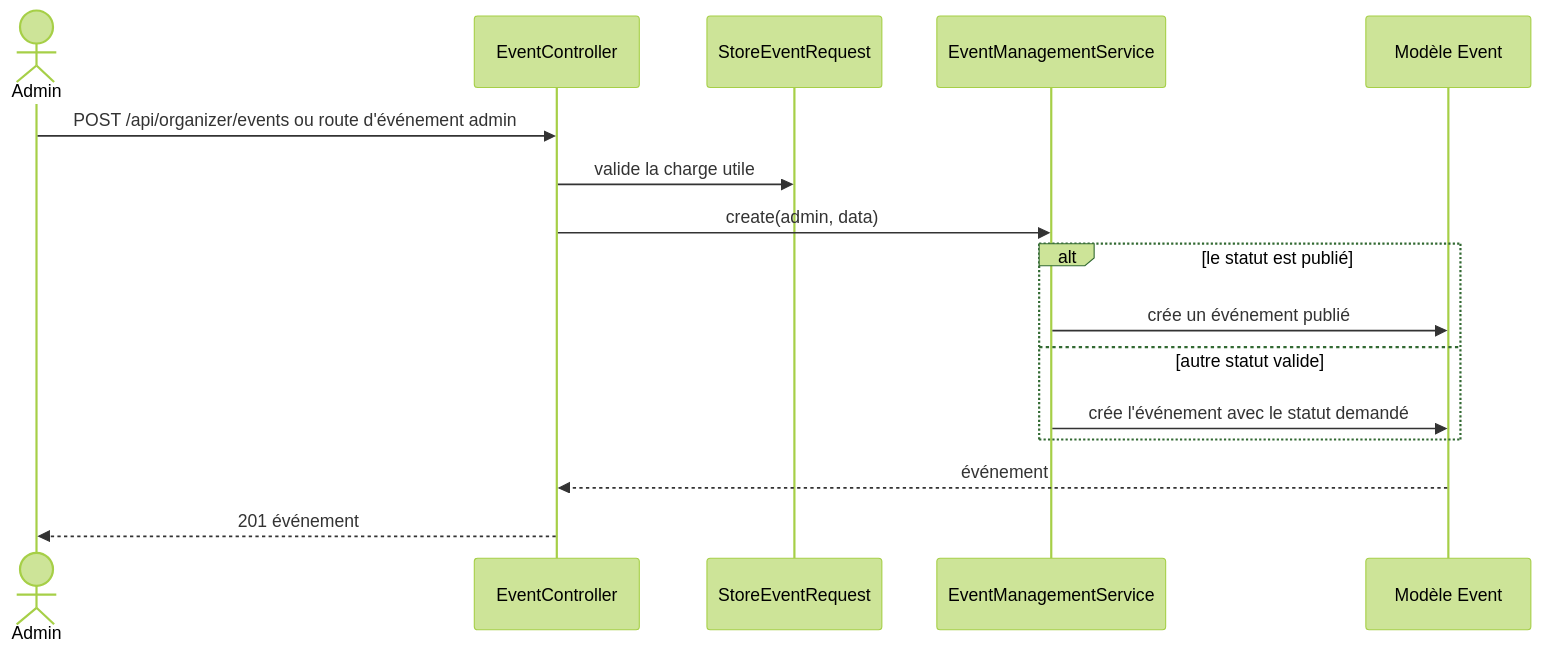
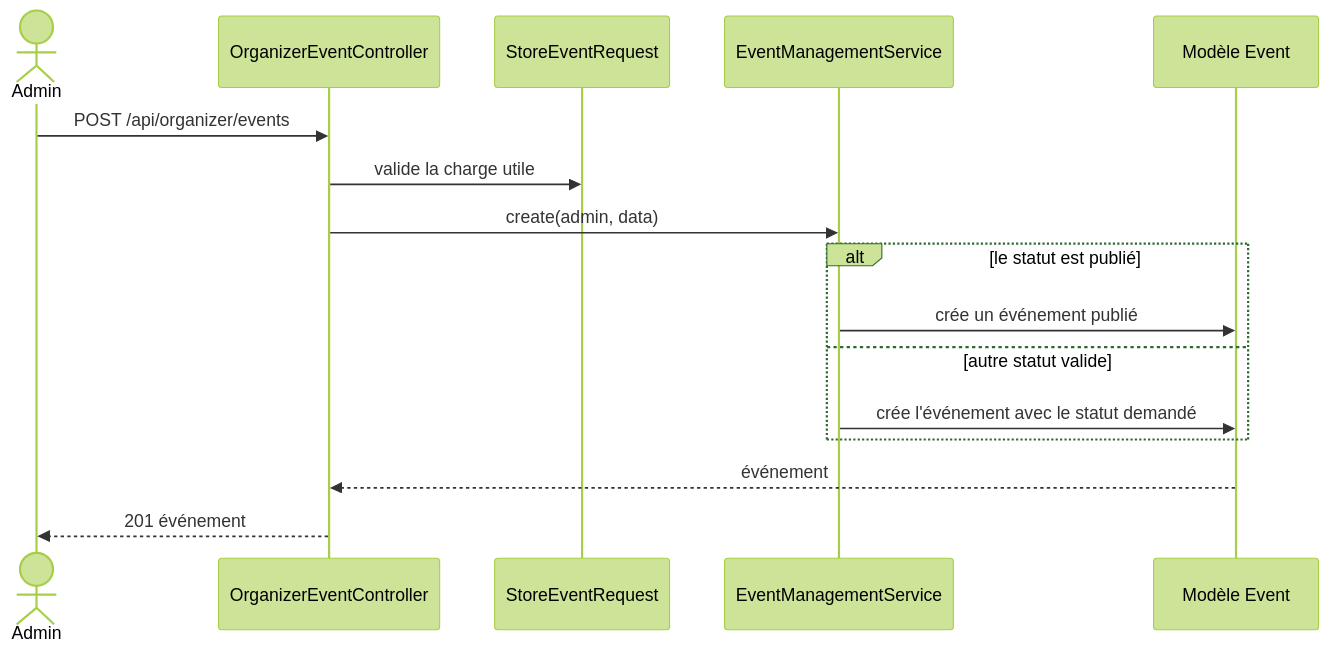
One commit to HOUDAZ011100100/SecRet-cms changed the ninth of 34 diagrams in backend/docs/uml/workflows.md. Above: the diagram before and after it, drawn with Mermaid (forest theme). The commit also changed other lines of this file and 27 other files, not shown here.

````diff
--- a/backend/docs/uml/workflows.md
+++ b/backend/docs/uml/workflows.md
@@ -227,19 +233,19 @@
 ```mermaid
 sequenceDiagram
     actor Admin
-    participant API as EventController
+    participant API as OrganizerEventController
     participant Request as StoreEventRequest
     participant Service as EventManagementService
     participant Event as Modèle Event
 
-    Admin->>API: POST /api/organizer/events ou route d'événement admin
+    Admin->>API: POST /api/organizer/events
     API->>Request: valide la charge utile
     API->>Service: create(admin, data)
     alt le statut est publié
         Service->>Event: crée un événement publié
     else autre statut valide
         Service->>Event: crée l'événement avec le statut demandé
     end
     Event-->>API: événement
     API-->>Admin: 201 événement
 ```
````
